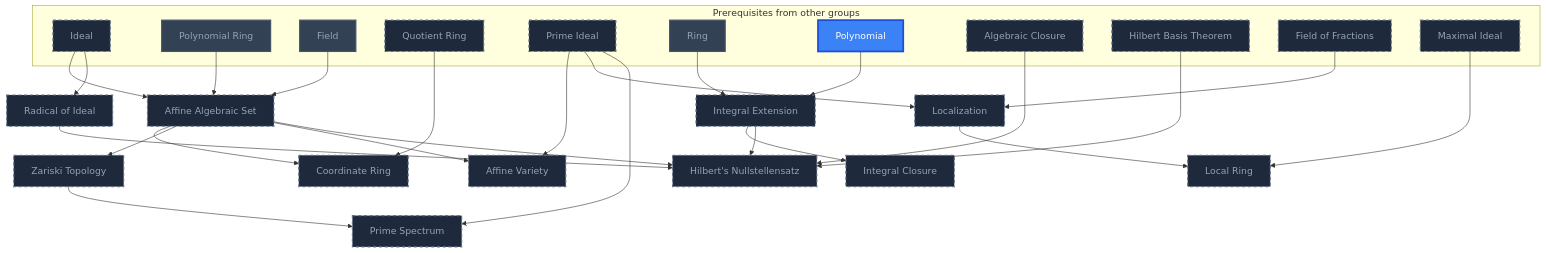
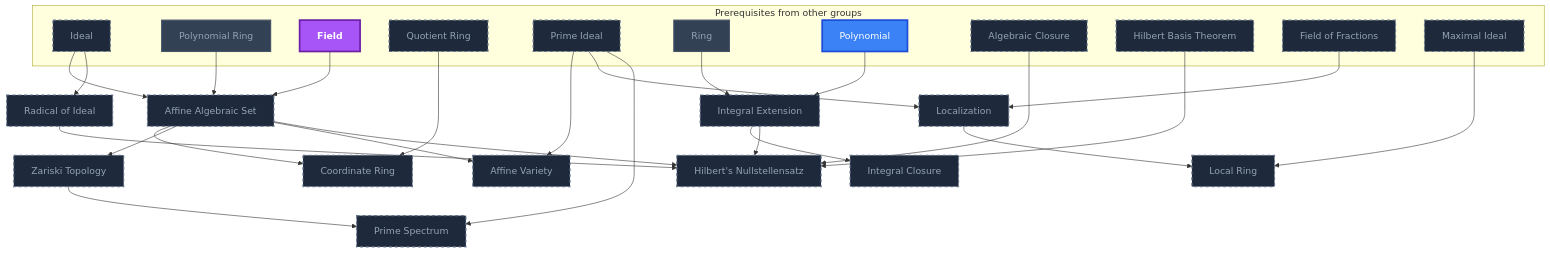
One commit to MRauf1/My-Notes changed diagram 16 of 20 in Gamification/Skill Trees/Abstract Algebra.md. Above: the diagram before and after it, drawn with Mermaid. The commit also changed other lines of this file and 57 other files, not shown here.

````diff
--- a/Gamification/Skill Trees/Abstract Algebra.md
+++ b/Gamification/Skill Trees/Abstract Algebra.md
@@ -1087,63 +1105,64 @@
 ```mermaid
 flowchart TD
     classDef planned fill:#1E293B,stroke:#64748B,stroke-width:2px,stroke-dasharray:5 5,color:#94A3B8;
     classDef locked fill:#334155,stroke:#475569,stroke-width:2px,color:#94A3B8;
     classDef L0 fill:#F1F5F9,stroke:#94A3B8,stroke-width:2px,color:#000000;
     classDef L1 fill:#22C55E,stroke:#15803D,stroke-width:2px,color:#000000;
     classDef L2 fill:#3B82F6,stroke:#1D4ED8,stroke-width:3px,color:#FFFFFF;
     classDef L3 fill:#A855F7,stroke:#6B21A8,stroke-width:3px,color:#FFFFFF,font-weight:bold;
     classDef L4 fill:#F97316,stroke:#C2410C,stroke-width:4px,color:#000000,font-weight:bold;
     classDef L5 fill:#FFD700,stroke:#FF8C00,stroke-width:5px,color:#000000,font-weight:bold;
     classDef rusty stroke:#8B4513,stroke-width:4px,stroke-dasharray:3 3;
     subgraph sg_prereqs["Prerequisites from other groups"]
         n_ideal["Ideal"]
         n_polynomial_ring["Polynomial Ring"]
         n_field["Field"]
         n_quotient_ring["Quotient Ring"]
         n_prime_ideal["Prime Ideal"]
         n_ring["Ring"]
         n_polynomial["Polynomial"]
         n_algebraic_closure["Algebraic Closure"]
         n_hilbert_basis_theorem["Hilbert Basis Theorem"]
         n_field_of_fractions["Field of Fractions"]
         n_maximal_ideal["Maximal Ideal"]
     end
     n_affine_algebraic_set["Affine Algebraic Set"]
     n_coordinate_ring["Coordinate Ring"]
     n_zariski_topology["Zariski Topology"]
     n_radical_of_ideal["Radical of Ideal"]
     n_affine_variety["Affine Variety"]
     n_integral_extension["Integral Extension"]
     n_integral_closure["Integral Closure"]
     n_hilbert_s_nullstellensatz["Hilbert's Nullstellensatz"]
     n_localization["Localization"]
     n_local_ring["Local Ring"]
     n_prime_spectrum["Prime Spectrum"]
     n_ideal --> n_affine_algebraic_set
     n_polynomial_ring --> n_affine_algebraic_set
     n_field --> n_affine_algebraic_set
     n_affine_algebraic_set --> n_coordinate_ring
     n_quotient_ring --> n_coordinate_ring
     n_affine_algebraic_set --> n_zariski_topology
     n_ideal --> n_radical_of_ideal
     n_affine_algebraic_set --> n_affine_variety
     n_prime_ideal --> n_affine_variety
     n_ring --> n_integral_extension
     n_polynomial --> n_integral_extension
     n_integral_extension --> n_integral_closure
     n_radical_of_ideal --> n_hilbert_s_nullstellensatz
     n_affine_algebraic_set --> n_hilbert_s_nullstellensatz
     n_integral_extension --> n_hilbert_s_nullstellensatz
     n_algebraic_closure --> n_hilbert_s_nullstellensatz
     n_hilbert_basis_theorem --> n_hilbert_s_nullstellensatz
     n_field_of_fractions --> n_localization
     n_prime_ideal --> n_localization
     n_localization --> n_local_ring
     n_maximal_ideal --> n_local_ring
     n_prime_ideal --> n_prime_spectrum
     n_zariski_topology --> n_prime_spectrum
     class n_ideal,n_quotient_ring,n_prime_ideal,n_algebraic_closure,n_hilbert_basis_theorem,n_field_of_fractions,n_maximal_ideal,n_affine_algebraic_set,n_coordinate_ring,n_zariski_topology,n_radical_of_ideal,n_affine_variety,n_integral_extension,n_integral_closure,n_hilbert_s_nullstellensatz,n_localization,n_local_ring,n_prime_spectrum planned;
-    class n_polynomial_ring,n_field,n_ring locked;
+    class n_polynomial_ring,n_ring locked;
     class n_polynomial L2;
+    class n_field L3;
     class n_polynomial_ring,n_field,n_ring,n_polynomial internal-link;
 ```
````
